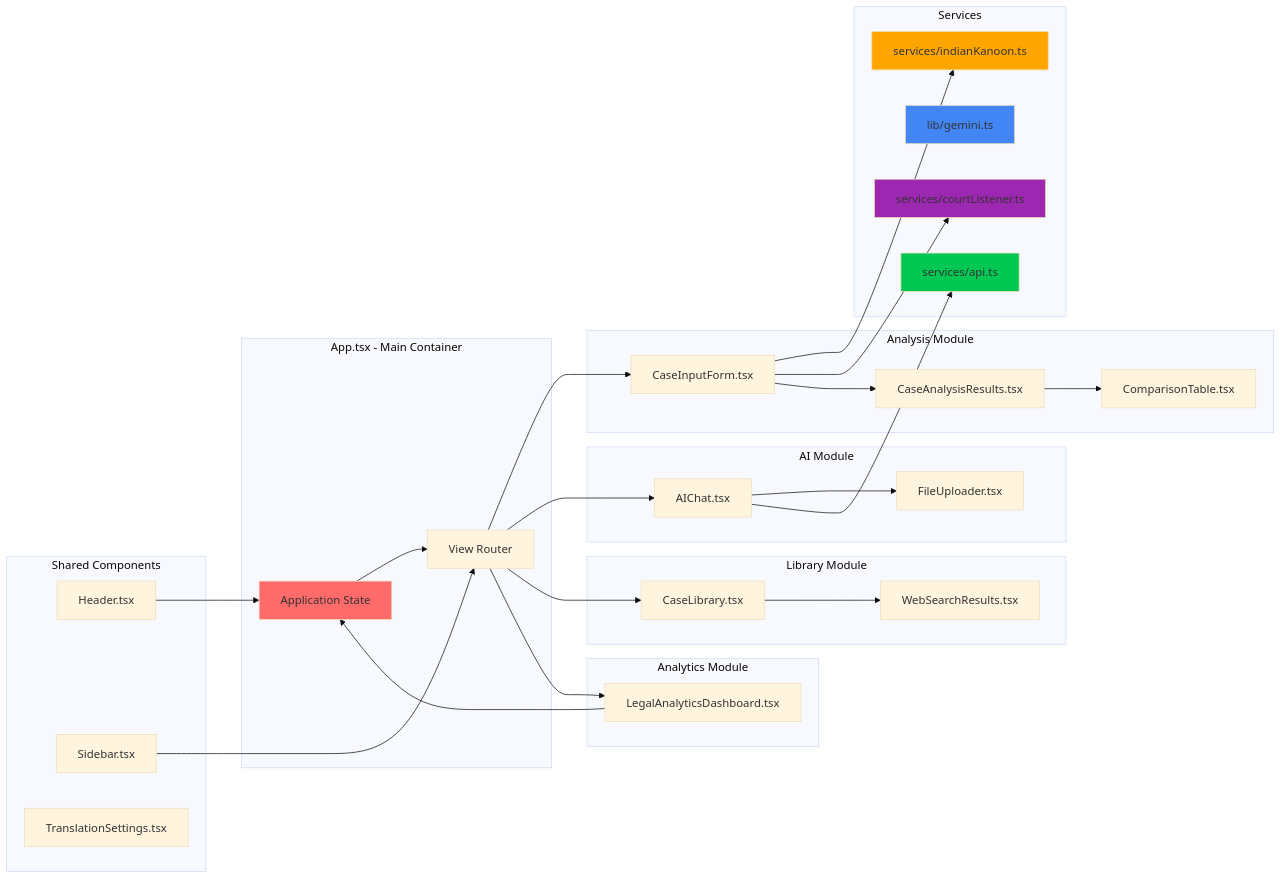
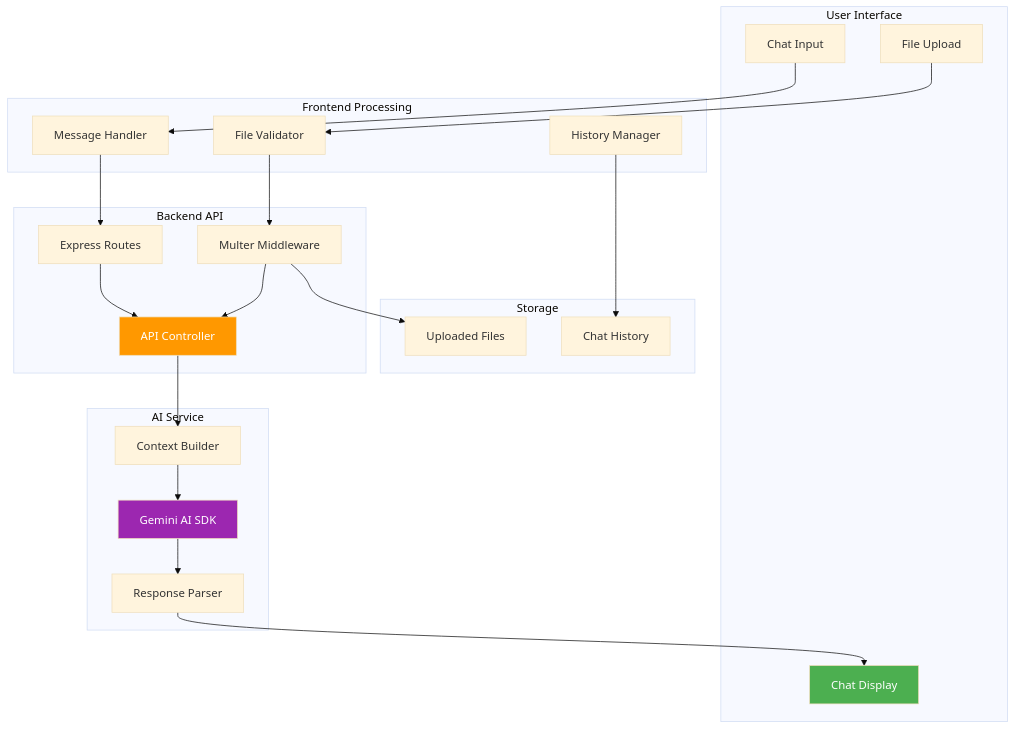
One commit to quantumNexus0/ai_legal_ecosystem changed the sixth of 12 diagrams in README.md. Above: the diagram before and after it, drawn with Mermaid (base theme). The commit also changed other lines of this file, not shown here.

First line of the commit message:
Revise README for Legal Document Management System

````diff
--- a/README.md
+++ b/README.md
@@ -398,68 +331,48 @@
 ```mermaid
-graph LR
-    subgraph "App.tsx - Main Container"
-        AppState[Application State]
-        ViewRouter[View Router]
+graph TB
+    subgraph "User Interface"
+        A[Chat Input]
+        B[File Upload]
+        C[Chat Display]
     end
     
-    subgraph "Analysis Module"
-        CaseInputForm[CaseInputForm.tsx]
-        CaseAnalysisResults[CaseAnalysisResults.tsx]
-        ComparisonTable[ComparisonTable.tsx]
+    subgraph "Frontend Processing"
+        D[Message Handler]
+        E[File Validator]
+        F[History Manager]
     end
     
-    subgraph "AI Module"
-        AIChat[AIChat.tsx]
-        FileUploader[FileUploader.tsx]
+    subgraph "Backend API"
+        G[Express Routes]
+        H[Multer Middleware]
+        I[API Controller]
     end
     
-    subgraph "Library Module"
-        CaseLibrary[CaseLibrary.tsx]
-        WebSearchResults[WebSearchResults.tsx]
+    subgraph "AI Service"
+        J[Gemini AI SDK]
+        K[Context Builder]
+        L[Response Parser]
     end
     
-    subgraph "Analytics Module"
-        LegalAnalyticsDashboard[LegalAnalyticsDashboard.tsx]
+    subgraph "Storage"
+        M[Chat History]
+        N[Uploaded Files]
     end
     
-    subgraph "Shared Components"
-        Header[Header.tsx]
-        Sidebar[Sidebar.tsx]
-        TranslationSettings[TranslationSettings.tsx]
-    end
+    A --> D
+    B --> E
+    D --> G
+    E --> H
+    G --> I
+    H --> I
+    I --> K
+    K --> J
+    J --> L
+    L --> C
+    F --> M
+    H --> N
     
-    subgraph "Services"
-        LocalAPIService[services/api.ts]
-        GeminiService[lib/gemini.ts]
-        IndianKanoonService[services/indianKanoon.ts]
-        CourtListenerService[services/courtListener.ts]
-    end
-    
-    AppState --> ViewRouter
-    ViewRouter --> CaseInputForm
-    ViewRouter --> AIChat
-    ViewRouter --> CaseLibrary
-    ViewRouter --> LegalAnalyticsDashboard
-    
-    Header --> AppState
-    Sidebar --> ViewRouter
-    
-    CaseInputForm --> IndianKanoonService
-    CaseInputForm --> CourtListenerService
-    CaseInputForm --> CaseAnalysisResults
-    
-    CaseAnalysisResults --> ComparisonTable
-    
-    AIChat --> FileUploader
-    AIChat --> LocalAPIService
-    
-    CaseLibrary --> WebSearchResults
-    
-    LegalAnalyticsDashboard --> AppState
-    
-    style AppState fill:#FF6B6B
-    style LocalAPIService fill:#00C853
-    style GeminiService fill:#4285F4
-    style IndianKanoonService fill:#FFA500
-    style CourtListenerService fill:#9C27B0
+    style J fill:#9c27b0,color:#fff
+    style I fill:#ff9800,color:#fff
+    style C fill:#4caf50,color:#fff
 ```
````
